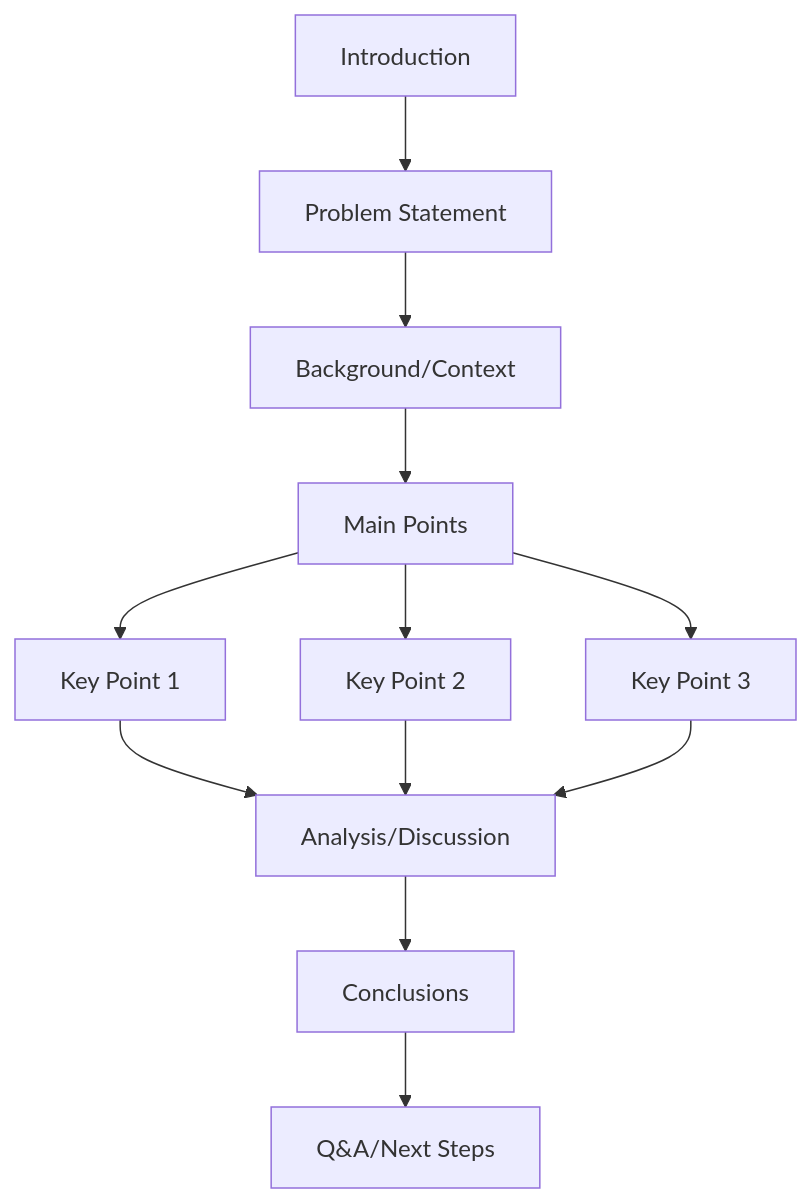
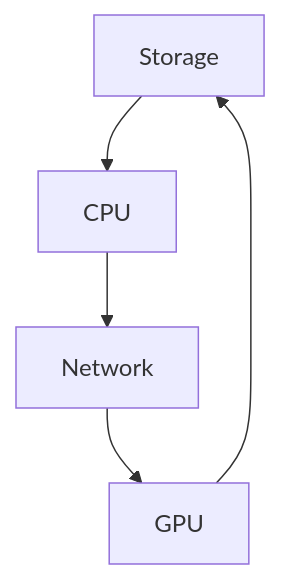
The first of 2 diagrams in index.md (marnyg/marnyg.github.io), drawn with Mermaid before and after one commit. The commit also changed other lines of this file and 6 other files, not shown here.

```diff
--- a/index.md
+++ b/index.md
@@ -404,14 +323,7 @@
-<div class="mermaid">
-graph TD
-    A[Introduction] --> B[Problem Statement]
-    B --> C[Background/Context]
-    C --> D[Main Points]
-    D --> D1[Key Point 1]
-    D --> D2[Key Point 2]
-    D --> D3[Key Point 3]
-    D1 --> E[Analysis/Discussion]
-    D2 --> E
-    D3 --> E
-    E --> F[Conclusions]
-    F --> G[Q&A/Next Steps]
-  </div>
+<div class="mermaid"> 
+graph TD 
+    Storage[Storage] --> CPU[CPU]
+    CPU[CPU] --> Network[Network]
+    Network[Network] --> GPU[GPU]
+    GPU[GPU] --> Storage[Storage]
+</div>
```
